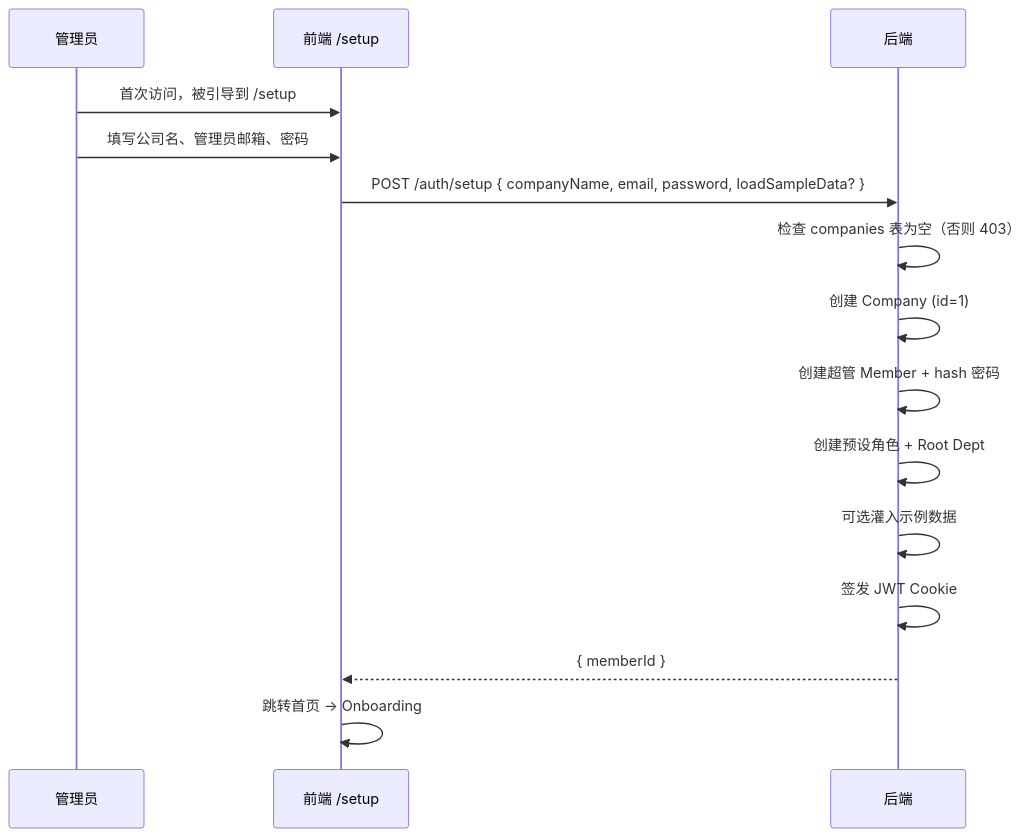
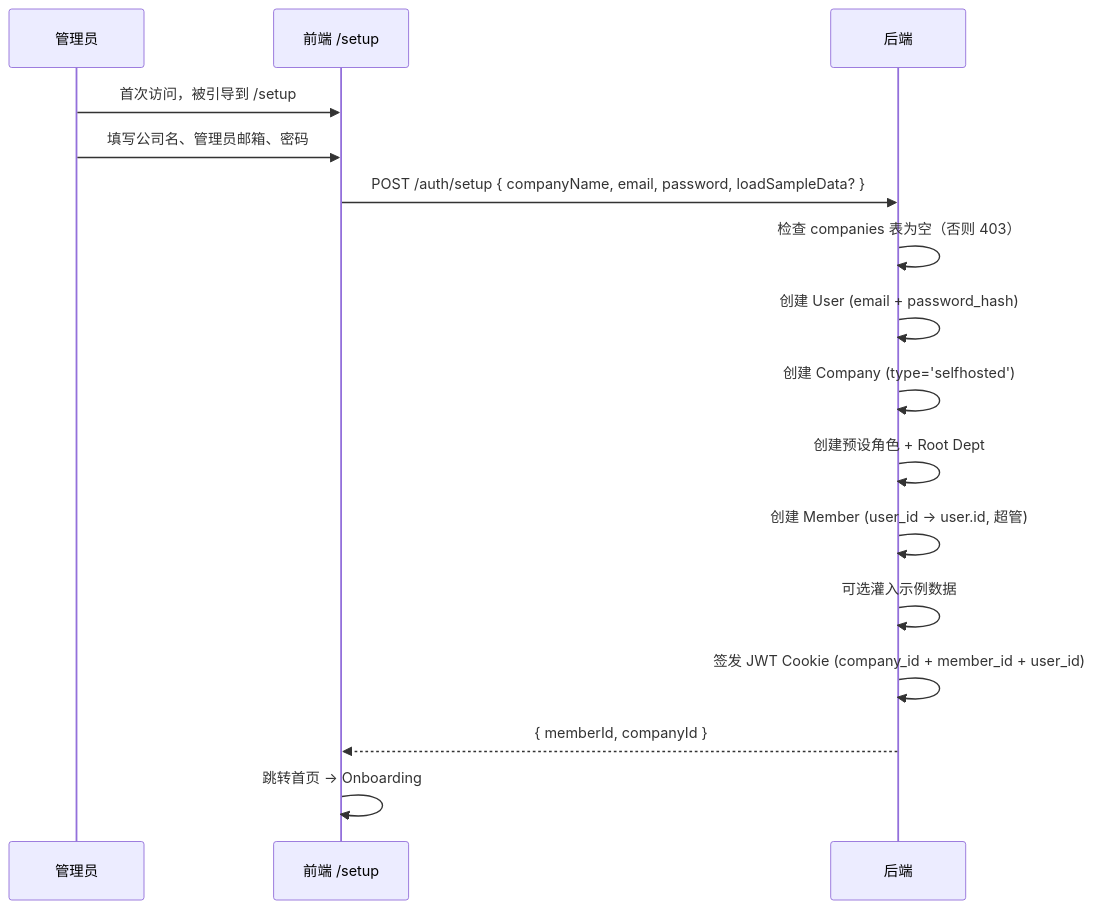
One commit to quyip8818/mytokenjoy changed the sixth of 6 diagrams in docs/saas/登录注册方案设计.md. Above: the diagram before and after it, drawn with Mermaid. The commit also changed other lines of this file and 18 other files, not shown here.

````diff
--- a/docs/saas/登录注册方案设计.md
+++ b/docs/saas/登录注册方案设计.md
@@ -261,18 +437,19 @@
 ```mermaid
 sequenceDiagram
     participant U as 管理员
     participant F as 前端 /setup
     participant B as 后端
 
     U->>F: 首次访问，被引导到 /setup
     U->>F: 填写公司名、管理员邮箱、密码
     F->>B: POST /auth/setup { companyName, email, password, loadSampleData? }
     B->>B: 检查 companies 表为空（否则 403）
-    B->>B: 创建 Company (id=1)
-    B->>B: 创建超管 Member + hash 密码
+    B->>B: 创建 User (email + password_hash)
+    B->>B: 创建 Company (type='selfhosted')
     B->>B: 创建预设角色 + Root Dept
+    B->>B: 创建 Member (user_id → user.id, 超管)
     B->>B: 可选灌入示例数据
-    B->>B: 签发 JWT Cookie
-    B-->>F: { memberId }
+    B->>B: 签发 JWT Cookie (company_id + member_id + user_id)
+    B-->>F: { memberId, companyId }
     F->>F: 跳转首页 → Onboarding
 ```
````
